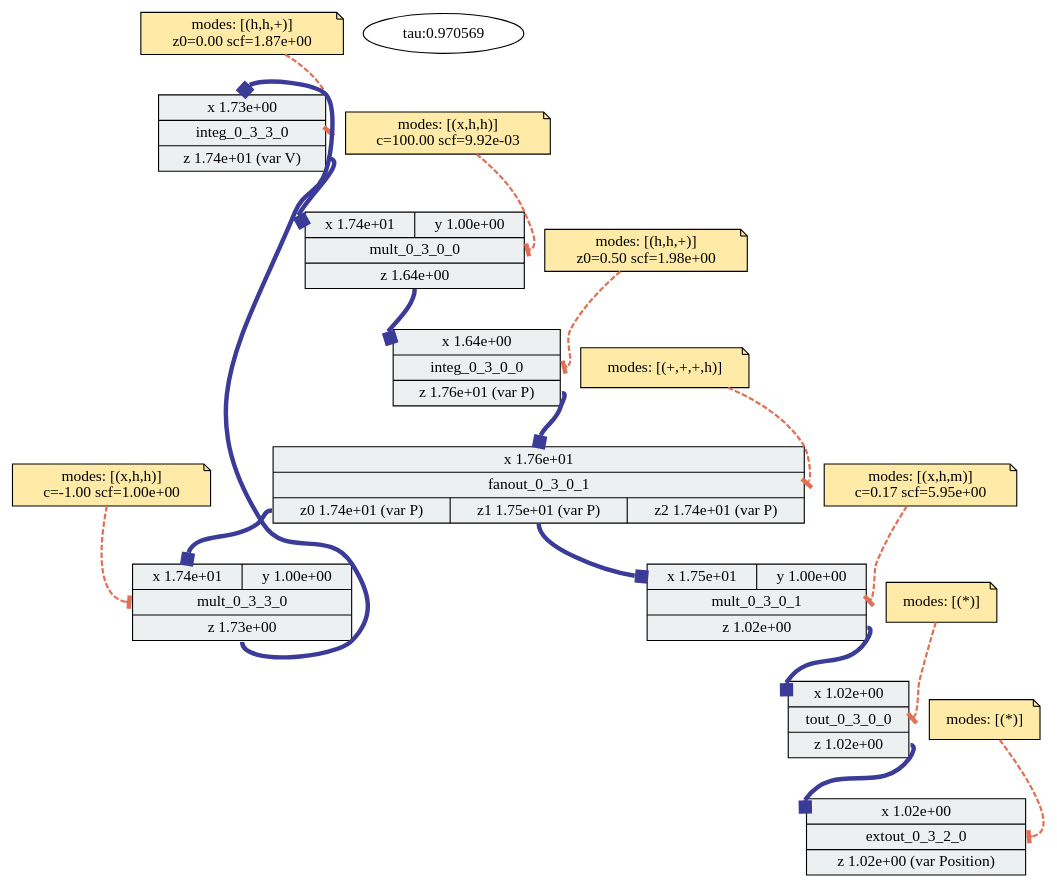
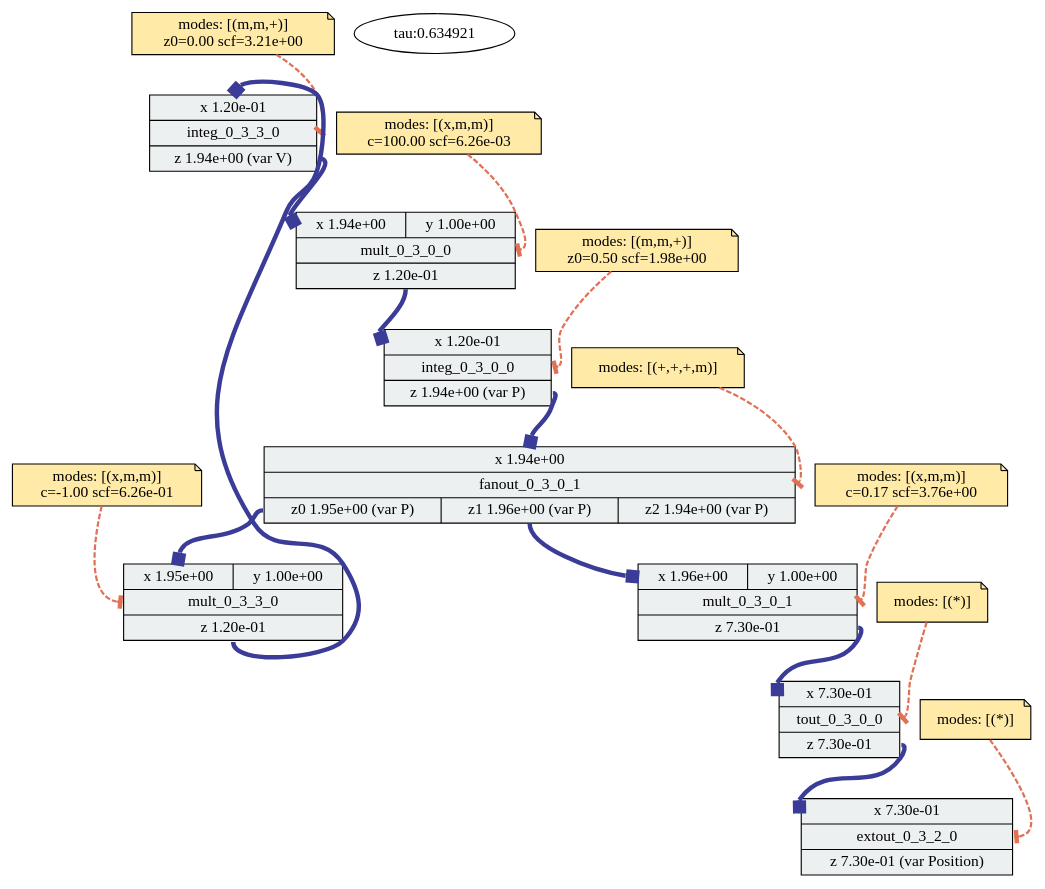
One commit to sarachour/hcdc-characterization-data changed the diagram in c2/outputs/legno/unrestricted/cos/lscale-diag/cos_g0_s5_phys_qty_best_c2.dot. Above: the diagram before and after it, drawn with Graphviz. The commit also changed 268 other files, not shown here.

```diff
--- a/c2/outputs/legno/unrestricted/cos/lscale-diag/cos_g0_s5_phys_qty_best_c2.dot
+++ b/c2/outputs/legno/unrestricted/cos/lscale-diag/cos_g0_s5_phys_qty_best_c2.dot
@@ -1,76 +1,76 @@
 digraph "adp-viz" {
 	graph [overlap=false splines=true]
 	shape=record
 	integ_0_3_3_0 [label="{{<x> x
- 1.73e+00} |<block> integ_0_3_3_0| {<z> z
- 1.74e+01
+ 1.20e-01} |<block> integ_0_3_3_0| {<z> z
+ 1.94e+00
  (var V)}}" fillcolor="#ecf0f1" shape=record style=filled]
-	"integ_0_3_3_0-config" [label="\modes: [(h,h,+)]
-z0=0.00 scf=1.87e+00" fillcolor="#ffeaa7" shape=note style=filled]
+	"integ_0_3_3_0-config" [label="\modes: [(m,m,+)]
+z0=0.00 scf=3.21e+00" fillcolor="#ffeaa7" shape=note style=filled]
 	"integ_0_3_3_0-config" -> integ_0_3_3_0:block [arrowhead=tee arrowtail=normal color="#e17055" penwidth=2 style=dashed]
 	shape=record
 	integ_0_3_0_0 [label="{{<x> x
- 1.64e+00} |<block> integ_0_3_0_0| {<z> z
- 1.76e+01
+ 1.20e-01} |<block> integ_0_3_0_0| {<z> z
+ 1.94e+00
  (var P)}}" fillcolor="#ecf0f1" shape=record style=filled]
-	"integ_0_3_0_0-config" [label="\modes: [(h,h,+)]
+	"integ_0_3_0_0-config" [label="\modes: [(m,m,+)]
 z0=0.50 scf=1.98e+00" fillcolor="#ffeaa7" shape=note style=filled]
 	"integ_0_3_0_0-config" -> integ_0_3_0_0:block [arrowhead=tee arrowtail=normal color="#e17055" penwidth=2 style=dashed]
 	shape=record
 	mult_0_3_3_0 [label="{{<x> x
- 1.74e+01|<y> y
+ 1.95e+00|<y> y
  1.00e+00} |<block> mult_0_3_3_0| {<z> z
- 1.73e+00}}" fillcolor="#ecf0f1" shape=record style=filled]
-	"mult_0_3_3_0-config" [label="\modes: [(x,h,h)]
-c=-1.00 scf=1.00e+00" fillcolor="#ffeaa7" shape=note style=filled]
+ 1.20e-01}}" fillcolor="#ecf0f1" shape=record style=filled]
+	"mult_0_3_3_0-config" [label="\modes: [(x,m,m)]
+c=-1.00 scf=6.26e-01" fillcolor="#ffeaa7" shape=note style=filled]
 	"mult_0_3_3_0-config" -> mult_0_3_3_0:block [arrowhead=tee arrowtail=normal color="#e17055" penwidth=2 style=dashed]
 	shape=record
 	mult_0_3_0_0 [label="{{<x> x
- 1.74e+01|<y> y
+ 1.94e+00|<y> y
  1.00e+00} |<block> mult_0_3_0_0| {<z> z
- 1.64e+00}}" fillcolor="#ecf0f1" shape=record style=filled]
-	"mult_0_3_0_0-config" [label="\modes: [(x,h,h)]
-c=100.00 scf=9.92e-03" fillcolor="#ffeaa7" shape=note style=filled]
+ 1.20e-01}}" fillcolor="#ecf0f1" shape=record style=filled]
+	"mult_0_3_0_0-config" [label="\modes: [(x,m,m)]
+c=100.00 scf=6.26e-03" fillcolor="#ffeaa7" shape=note style=filled]
 	"mult_0_3_0_0-config" -> mult_0_3_0_0:block [arrowhead=tee arrowtail=normal color="#e17055" penwidth=2 style=dashed]
 	shape=record
 	mult_0_3_0_1 [label="{{<x> x
- 1.75e+01|<y> y
+ 1.96e+00|<y> y
  1.00e+00} |<block> mult_0_3_0_1| {<z> z
- 1.02e+00}}" fillcolor="#ecf0f1" shape=record style=filled]
-	"mult_0_3_0_1-config" [label="\modes: [(x,h,m)]
-c=0.17 scf=5.95e+00" fillcolor="#ffeaa7" shape=note style=filled]
+ 7.30e-01}}" fillcolor="#ecf0f1" shape=record style=filled]
+	"mult_0_3_0_1-config" [label="\modes: [(x,m,m)]
+c=0.17 scf=3.76e+00" fillcolor="#ffeaa7" shape=note style=filled]
 	"mult_0_3_0_1-config" -> mult_0_3_0_1:block [arrowhead=tee arrowtail=normal color="#e17055" penwidth=2 style=dashed]
 	shape=record
 	extout_0_3_2_0 [label="{{<x> x
- 1.02e+00} |<block> extout_0_3_2_0| {<z> z
- 1.02e+00
+ 7.30e-01} |<block> extout_0_3_2_0| {<z> z
+ 7.30e-01
  (var Position)}}" fillcolor="#ecf0f1" shape=record style=filled]
 	"extout_0_3_2_0-config" [label="\modes: [(*)]" fillcolor="#ffeaa7" shape=note style=filled]
 	"extout_0_3_2_0-config" -> extout_0_3_2_0:block [arrowhead=tee arrowtail=normal color="#e17055" penwidth=2 style=dashed]
 	shape=record
 	fanout_0_3_0_1 [label="{{<x> x
- 1.76e+01} |<block> fanout_0_3_0_1| {<z0> z0
- 1.74e+01
+ 1.94e+00} |<block> fanout_0_3_0_1| {<z0> z0
+ 1.95e+00
  (var P)|<z1> z1
- 1.75e+01
+ 1.96e+00
  (var P)|<z2> z2
- 1.74e+01
+ 1.94e+00
  (var P)}}" fillcolor="#ecf0f1" shape=record style=filled]
-	"fanout_0_3_0_1-config" [label="\modes: [(+,+,+,h)]" fillcolor="#ffeaa7" shape=note style=filled]
+	"fanout_0_3_0_1-config" [label="\modes: [(+,+,+,m)]" fillcolor="#ffeaa7" shape=note style=filled]
 	"fanout_0_3_0_1-config" -> fanout_0_3_0_1:block [arrowhead=tee arrowtail=normal color="#e17055" penwidth=2 style=dashed]
 	shape=record
 	tout_0_3_0_0 [label="{{<x> x
- 1.02e+00} |<block> tout_0_3_0_0| {<z> z
- 1.02e+00}}" fillcolor="#ecf0f1" shape=record style=filled]
+ 7.30e-01} |<block> tout_0_3_0_0| {<z> z
+ 7.30e-01}}" fillcolor="#ecf0f1" shape=record style=filled]
 	"tout_0_3_0_0-config" [label="\modes: [(*)]" fillcolor="#ffeaa7" shape=note style=filled]
 	"tout_0_3_0_0-config" -> tout_0_3_0_0:block [arrowhead=tee arrowtail=normal color="#e17055" penwidth=2 style=dashed]
 	mult_0_3_3_0:z -> integ_0_3_3_0:x [arrowhead=box arrowtail=normal color="#3B3B98" penwidth=4]
 	mult_0_3_0_0:z -> integ_0_3_0_0:x [arrowhead=box arrowtail=normal color="#3B3B98" penwidth=4]
 	mult_0_3_0_1:z -> tout_0_3_0_0:x [arrowhead=box arrowtail=normal color="#3B3B98" penwidth=4]
 	tout_0_3_0_0:z -> extout_0_3_2_0:x [arrowhead=box arrowtail=normal color="#3B3B98" penwidth=4]
 	integ_0_3_0_0:z -> fanout_0_3_0_1:x [arrowhead=box arrowtail=normal color="#3B3B98" penwidth=4]
 	fanout_0_3_0_1:z0 -> mult_0_3_3_0:x [arrowhead=box arrowtail=normal color="#3B3B98" penwidth=4]
 	fanout_0_3_0_1:z1 -> mult_0_3_0_1:x [arrowhead=box arrowtail=normal color="#3B3B98" penwidth=4]
 	integ_0_3_3_0:z -> mult_0_3_0_0:x [arrowhead=box arrowtail=normal color="#3B3B98" penwidth=4]
-	time_const [label="tau:0.970569"]
+	time_const [label="tau:0.634921"]
 }
```
